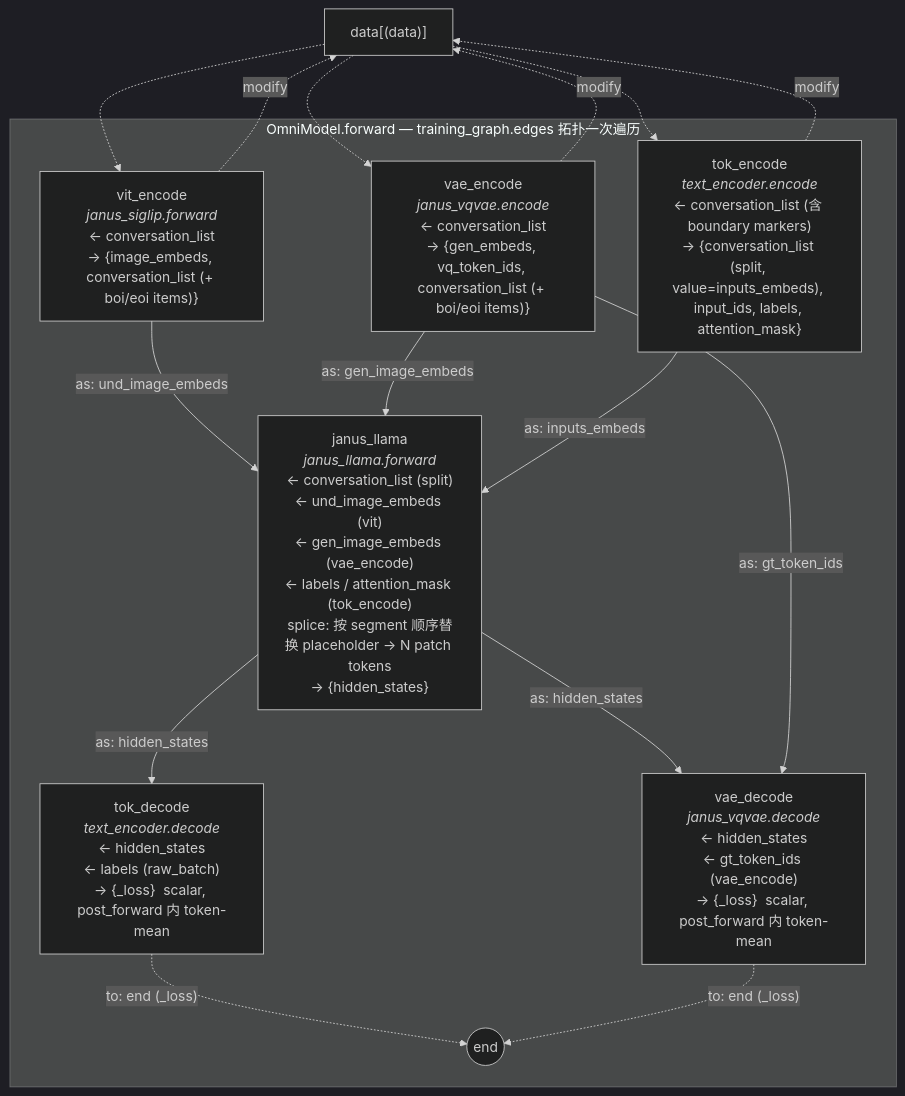
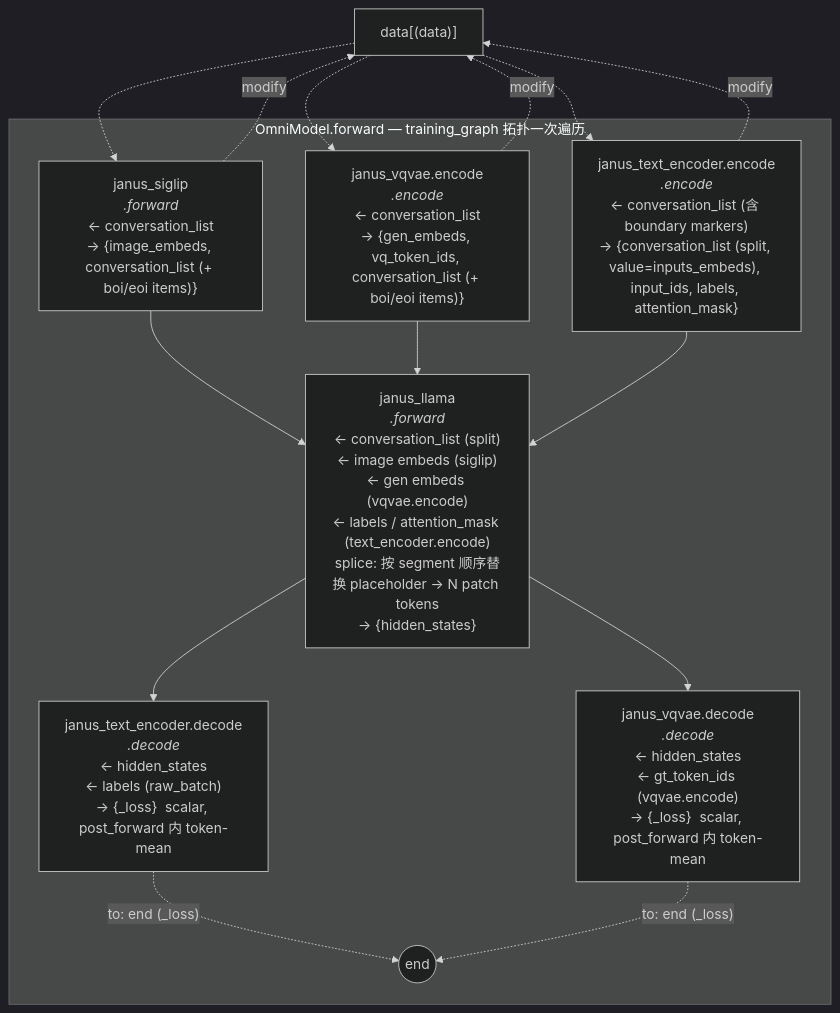
The first of 2 diagrams in docs/seed_omni/design.md (ByteDance-Seed/VeOmni), drawn with Mermaid (dark theme) before and after one commit. The commit also changed other lines of this file and 107 other files, not shown here.

First line of the commit message:
[omni] refactor: split runtime launcher config and unify inference path

````diff
--- a/docs/seed_omni/design.md
+++ b/docs/seed_omni/design.md
@@ -325,27 +330,26 @@
 ```mermaid
 flowchart TD
     data["data[(data)]"]
 
-    subgraph exec ["OmniModel.forward — training_graph.edges 拓扑一次遍历"]
-        vit["vit_encode<br/><i>janus_siglip.forward</i><br/>← conversation_list<br/>→ {image_embeds, conversation_list (+ boi/eoi items)}"]
-        vae_e["vae_encode<br/><i>janus_vqvae.encode</i><br/>← conversation_list<br/>→ {gen_embeds, vq_token_ids, conversation_list (+ boi/eoi items)}"]
-        tok_e["tok_encode<br/><i>text_encoder.encode</i><br/>← conversation_list (含 boundary markers)<br/>→ {conversation_list (split, value=inputs_embeds), input_ids, labels, attention_mask}"]
-        ar["janus_llama<br/><i>janus_llama.forward</i><br/>← conversation_list (split)<br/>← und_image_embeds (vit)<br/>← gen_image_embeds (vae_encode)<br/>← labels / attention_mask (tok_encode)<br/>splice: 按 segment 顺序替换 placeholder → N patch tokens<br/>→ {hidden_states}"]
-        tok_d["tok_decode<br/><i>text_encoder.decode</i><br/>← hidden_states<br/>← labels (raw_batch)<br/>→ {_loss}  scalar, post_forward 内 token-mean"]
-        vae_d["vae_decode<br/><i>janus_vqvae.decode</i><br/>← hidden_states<br/>← gt_token_ids (vae_encode)<br/>→ {_loss}  scalar, post_forward 内 token-mean"]
+    subgraph exec ["OmniModel.forward — training_graph 拓扑一次遍历"]
+        siglip["janus_siglip<br/><i>.forward</i><br/>← conversation_list<br/>→ {image_embeds, conversation_list (+ boi/eoi items)}"]
+        vae_enc["janus_vqvae.encode<br/><i>.encode</i><br/>← conversation_list<br/>→ {gen_embeds, vq_token_ids, conversation_list (+ boi/eoi items)}"]
+        tok_enc["janus_text_encoder.encode<br/><i>.encode</i><br/>← conversation_list (含 boundary markers)<br/>→ {conversation_list (split, value=inputs_embeds), input_ids, labels, attention_mask}"]
+        ar["janus_llama<br/><i>.forward</i><br/>← conversation_list (split)<br/>← image embeds (siglip)<br/>← gen embeds (vqvae.encode)<br/>← labels / attention_mask (text_encoder.encode)<br/>splice: 按 segment 顺序替换 placeholder → N patch tokens<br/>→ {hidden_states}"]
+        tok_dec["janus_text_encoder.decode<br/><i>.decode</i><br/>← hidden_states<br/>← labels (raw_batch)<br/>→ {_loss}  scalar, post_forward 内 token-mean"]
+        vae_dec["janus_vqvae.decode<br/><i>.decode</i><br/>← hidden_states<br/>← gt_token_ids (vqvae.encode)<br/>→ {_loss}  scalar, post_forward 内 token-mean"]
         endN((end))
     end
 
-    data -.-> vit & vae_e & tok_e
-    vit -.modify.-> data
-    vae_e -.modify.-> data
-    tok_e -.modify.-> data
-    vit -->|"as: und_image_embeds"| ar
-    vae_e -->|"as: gen_image_embeds"| ar
-    tok_e -->|"as: inputs_embeds"| ar
-    ar -->|"as: hidden_states"| tok_d
-    ar -->|"as: hidden_states"| vae_d
-    vae_e -->|"as: gt_token_ids"| vae_d
-    tok_d -.->|"to: end (_loss)"| endN
-    vae_d -.->|"to: end (_loss)"| endN
+    data -.-> siglip & vae_enc & tok_enc
+    siglip -.modify.-> data
+    vae_enc -.modify.-> data
+    tok_enc -.modify.-> data
+    siglip --> ar
+    vae_enc --> ar
+    tok_enc --> ar
+    ar --> tok_dec
+    ar --> vae_dec
+    tok_dec -.->|"to: end (_loss)"| endN
+    vae_dec -.->|"to: end (_loss)"| endN
 ```
````
